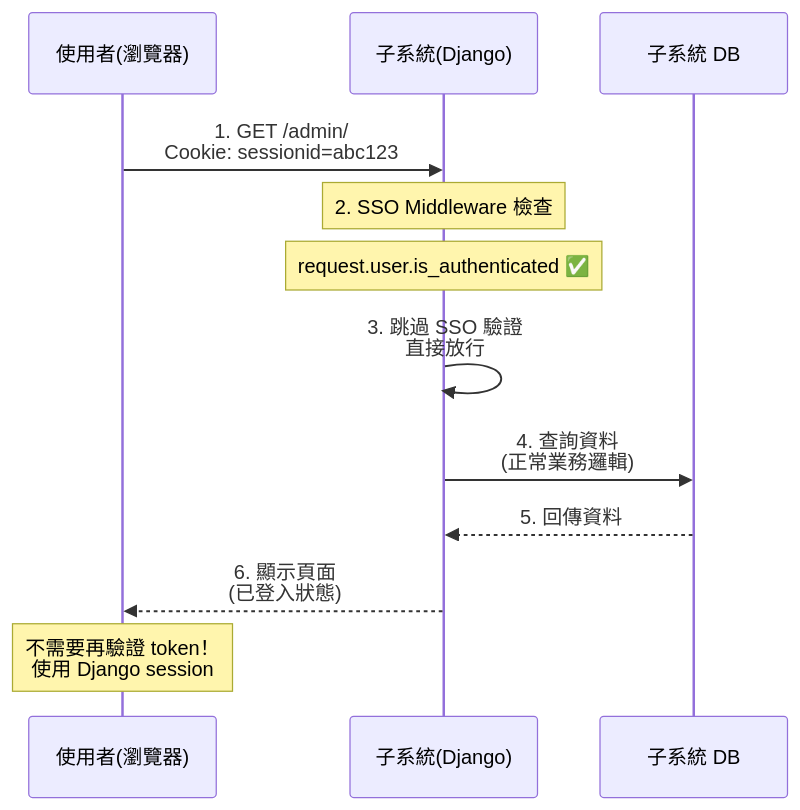
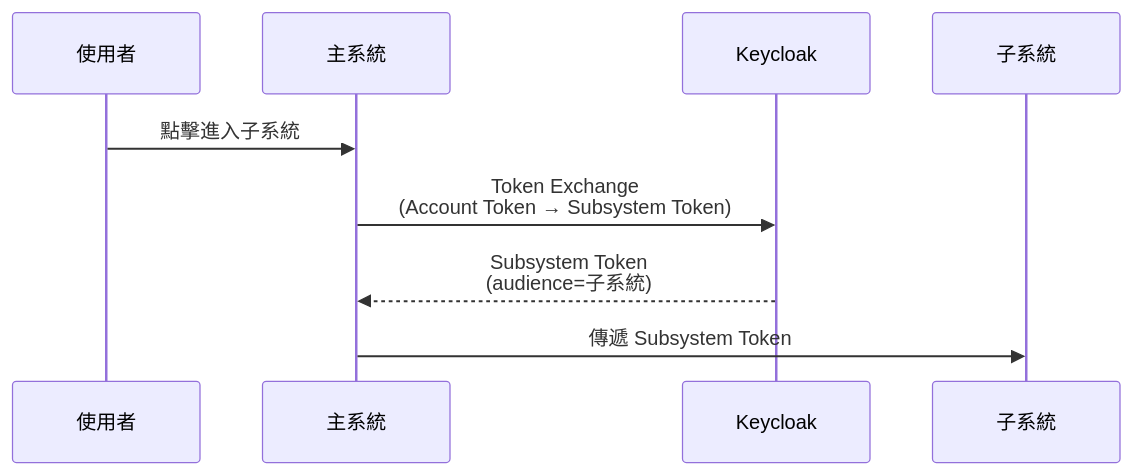
Before and after one commit to WangPochard/KeycloakSSO: the second of 4 diagrams in README.md, drawn with Mermaid. The commit also changed other lines of this file and 17 other files, not shown here.

````diff
--- a/README.md
+++ b/README.md
@@ -417,20 +129,12 @@
 ```mermaid
 sequenceDiagram
-    participant U as 使用者(瀏覽器)
-    participant S as 子系統(Django)
-    participant SDB as 子系統 DB
+    participant U as 使用者
+    participant M as 主系統
+    participant K as Keycloak
+    participant S as 子系統
 
-    U->>S: 1. GET /admin/<br/>Cookie: sessionid=abc123
-    
-    Note over S: 2. SSO Middleware 檢查
-    Note over S: request.user.is_authenticated ✅
-    
-    S->>S: 3. 跳過 SSO 驗證<br/>直接放行
-    
-    S->>SDB: 4. 查詢資料<br/>(正常業務邏輯)
-    SDB-->>S: 5. 回傳資料
-    
-    S-->>U: 6. 顯示頁面<br/>(已登入狀態)
-    
-    Note over U: 不需要再驗證 token！<br/>使用 Django session
+    U->>M: 點擊進入子系統
+    M->>K: Token Exchange<br/>(Account Token → Subsystem Token)
+    K-->>M: Subsystem Token<br/>(audience=子系統)
+    M->>S: 傳遞 Subsystem Token
 ```
````
